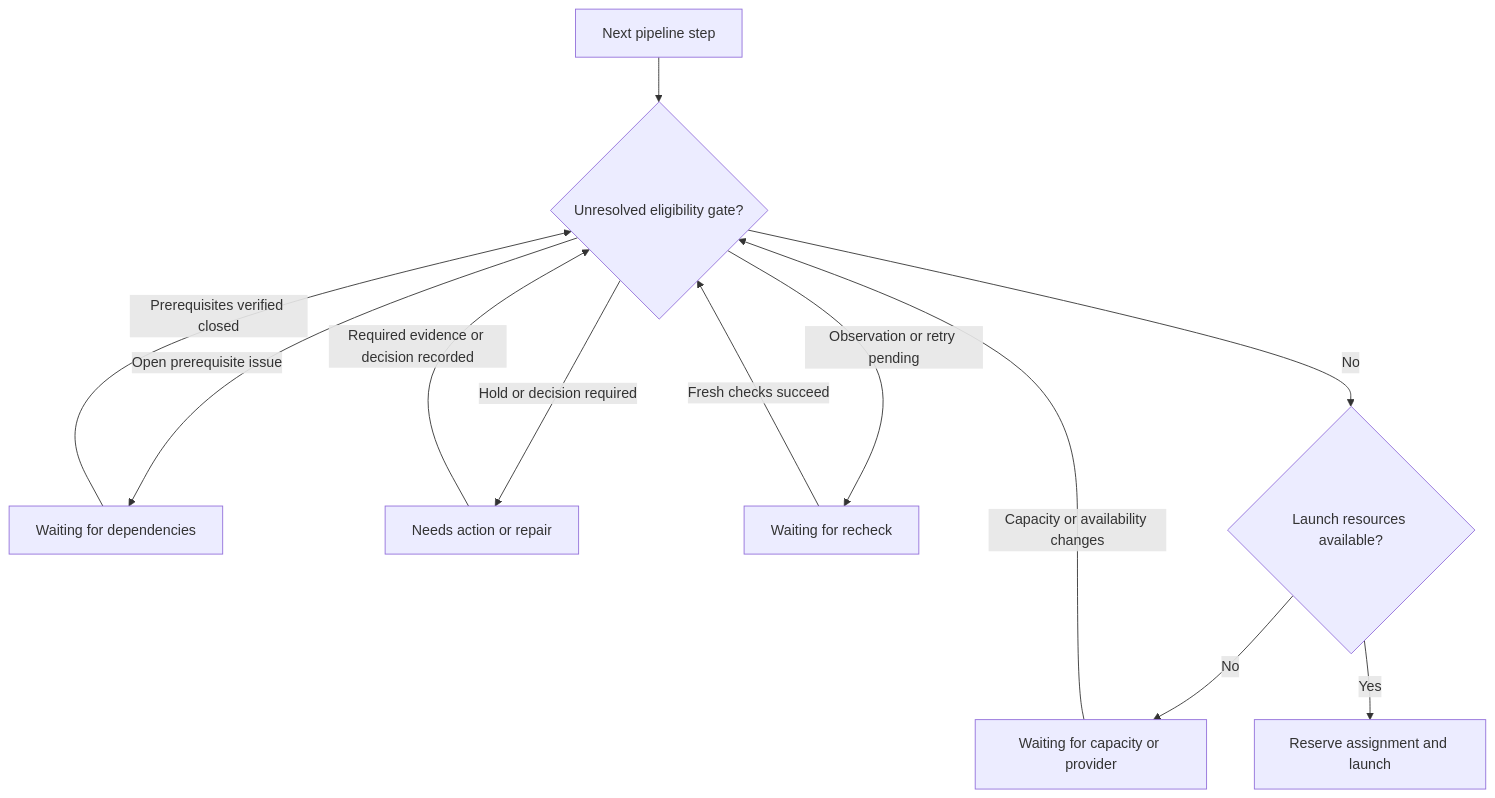
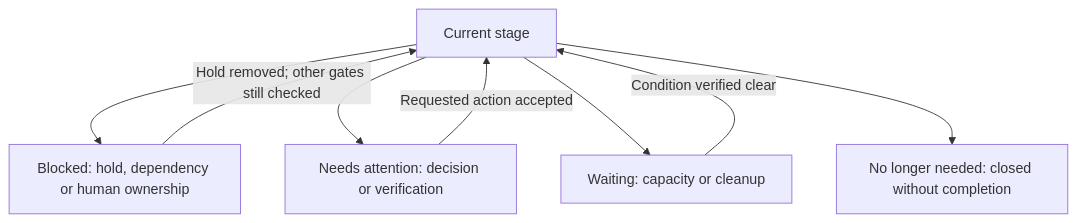
One commit to XRPL-Commons/forge changed the second of 3 diagrams in docs/issue-state-machine.md. Above: the diagram before and after it, drawn with Mermaid. The commit also changed other lines of this file and 30 other files, not shown here.

Commit message:
Rewrite operator Help with diagrams and safe bundled illustrations

````diff
--- a/docs/issue-state-machine.md
+++ b/docs/issue-state-machine.md
@@ -138,14 +46,10 @@
 ```mermaid
 flowchart TD
-    stage[Next pipeline step] --> gates{Unresolved eligibility gate?}
-    gates -->|Open prerequisite issue| dependency[Waiting for dependencies]
-    gates -->|Hold or decision required| decision[Needs action or repair]
-    gates -->|Observation or retry pending| recheck[Waiting for recheck]
-    gates -->|No| capacity{Launch resources available?}
-    capacity -->|No| waiting[Waiting for capacity or provider]
-    capacity -->|Yes| reserve[Reserve assignment and launch]
-    dependency -->|Prerequisites verified closed| gates
-    decision -->|Required evidence or decision recorded| gates
-    recheck -->|Fresh checks succeed| gates
-    waiting -->|Capacity or availability changes| gates
+  W[Current stage] --> H[Blocked: hold, dependency or human ownership]
+  W --> N[Needs attention: decision or verification]
+  W --> D[Waiting: capacity or cleanup]
+  W --> X[No longer needed: closed without completion]
+  H -->|Hold removed; other gates still checked| W
+  N -->|Requested action accepted| W
+  D -->|Condition verified clear| W
 ```
````
